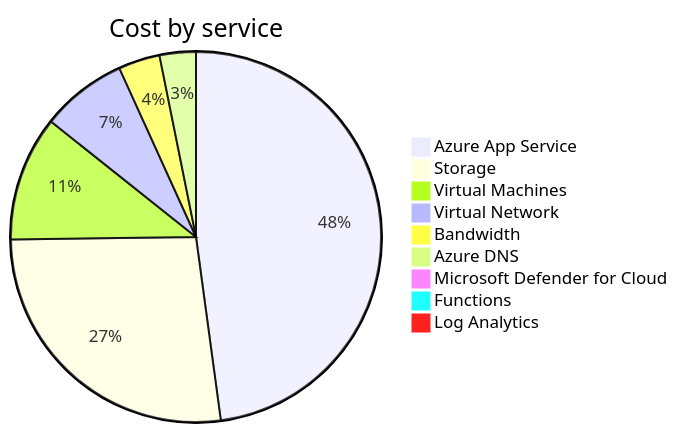
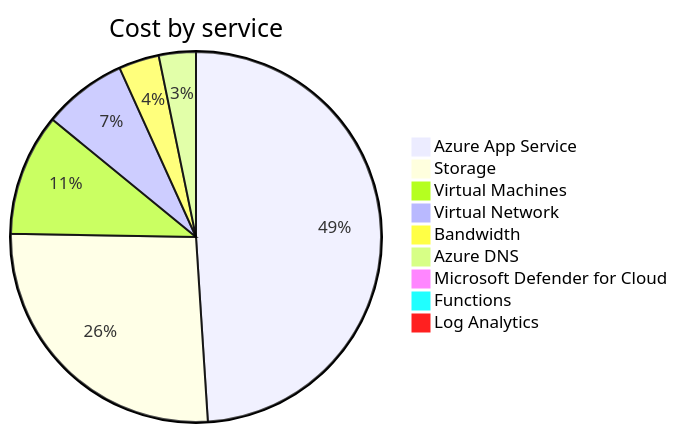
Before and after one commit to jpfulton/azure-personal-reports: the second of 4 diagrams in cost-reports/accumulated-cost.md, drawn with Mermaid. The commit also changed other lines of this file and 4 other files, not shown here.

````diff
--- a/cost-reports/accumulated-cost.md
+++ b/cost-reports/accumulated-cost.md
@@ -103,13 +103,13 @@
 ```mermaid
 pie
    title Cost by service
-   "Azure App Service" : 15.73
-   "Storage" : 8.85
+   "Azure App Service" : 16.52
+   "Storage" : 8.87
    "Virtual Machines" : 3.59
    "Virtual Network" : 2.47
    "Bandwidth" : 1.19
-   "Azure DNS" : 1.04
+   "Azure DNS" : 1.09
    "Microsoft Defender for Cloud" : 0.10
    "Functions" : 0.00
    "Log Analytics" : 0.00
 ```
````
